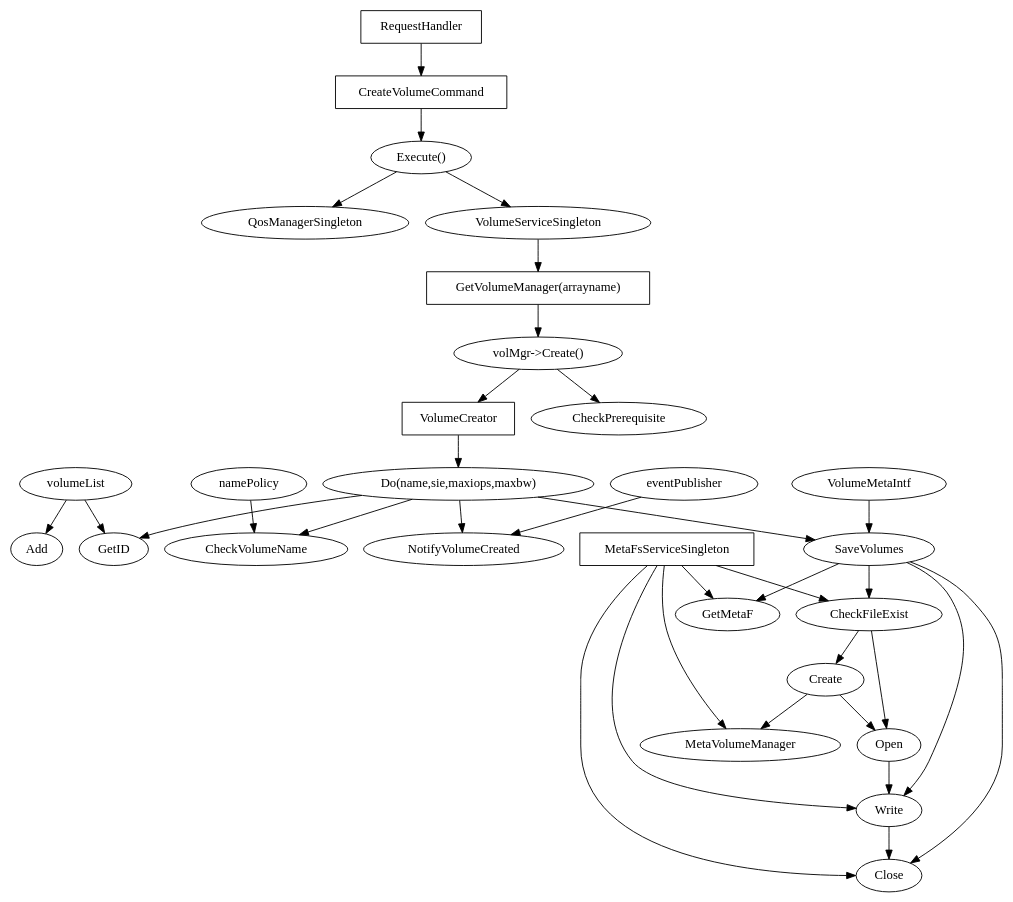
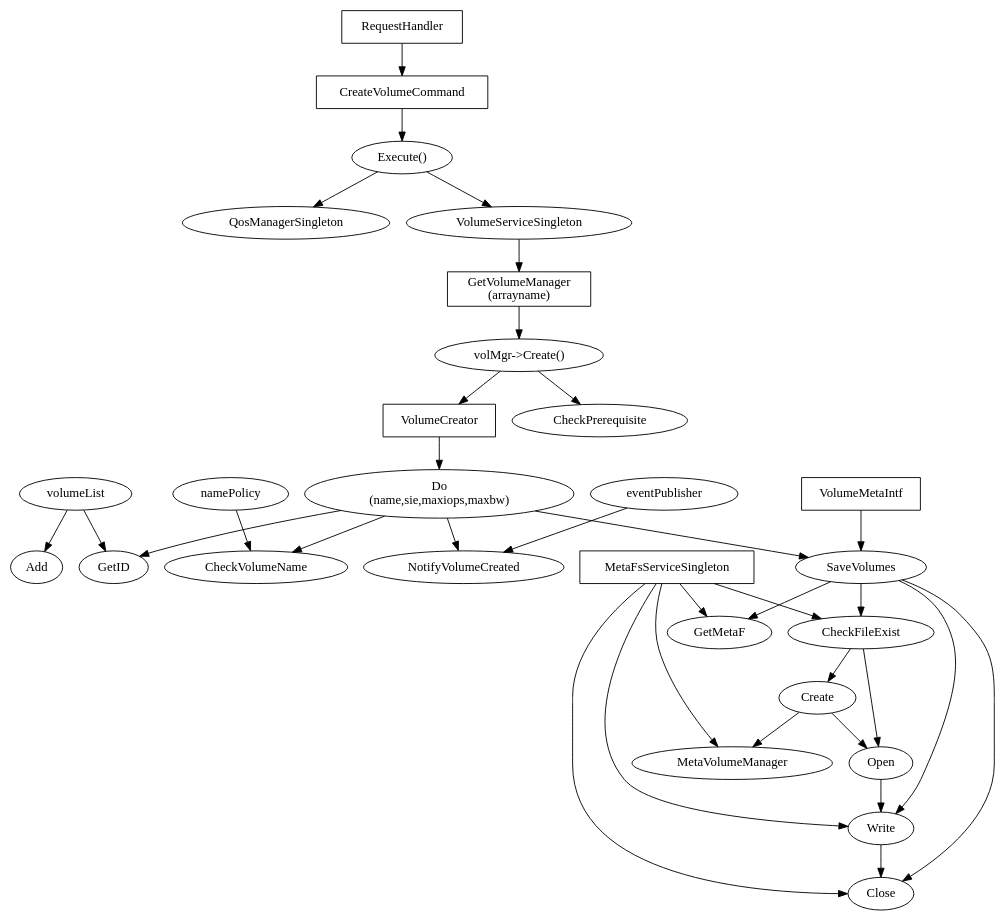
Before and after one commit to jhyunleehi/poseidonos: the diagram in doc/code.create_volume.dot, drawn with Graphviz.

Commit message:
code read

```diff
--- a/doc/code.create_volume.dot
+++ b/doc/code.create_volume.dot
@@ -1,43 +1,44 @@
 digraph G {
     RequestHandler	[shape="box"]
     CreateVolumeCommand [shape="box"]
     Execute[label="Execute()"]
-    GetVolumeManager [label="GetVolumeManager(arrayname)", shape="box"]
+    GetVolumeManager [label="GetVolumeManager\n(arrayname)", shape="box"]
     create[label="volMgr->Create()"]
     VolumeCreator[shape="box"]
-    Do [label="Do(name,sie,maxiops,maxbw)"]
+    Do [label="Do\n(name,sie,maxiops,maxbw)"]
     CheckPrerequisite
     MetaFsServiceSingleton [shape="box"]
+    VolumeMetaIntf [shape="box"]
 
     RequestHandler -> CreateVolumeCommand
 	CreateVolumeCommand -> Execute
     Execute -> QosManagerSingleton
     Execute -> VolumeServiceSingleton
     VolumeServiceSingleton -> GetVolumeManager
     GetVolumeManager -> create
     create->VolumeCreator
     create -> CheckPrerequisite
     VolumeCreator -> Do
     namePolicy -> CheckVolumeName
     volumeList ->GetID
     Do ->  CheckVolumeName
     Do -> GetID        
     Do -> NotifyVolumeCreated
     Do -> SaveVolumes    
     volumeList -> Add
     eventPublisher -> NotifyVolumeCreated
     VolumeMetaIntf->SaveVolumes
     
     MetaFsServiceSingleton-> MetaVolumeManager 
     MetaFsServiceSingleton->{GetMetaF,CheckFileExist,Write,Close} 
     SaveVolumes -> GetMetaF
     SaveVolumes -> CheckFileExist
     SaveVolumes -> Write
     SaveVolumes -> Close
     CheckFileExist -> Create -> Open
     CheckFileExist -> Open -> Write -> Close
     Create -> MetaVolumeManager
 
     
 
 }
```
